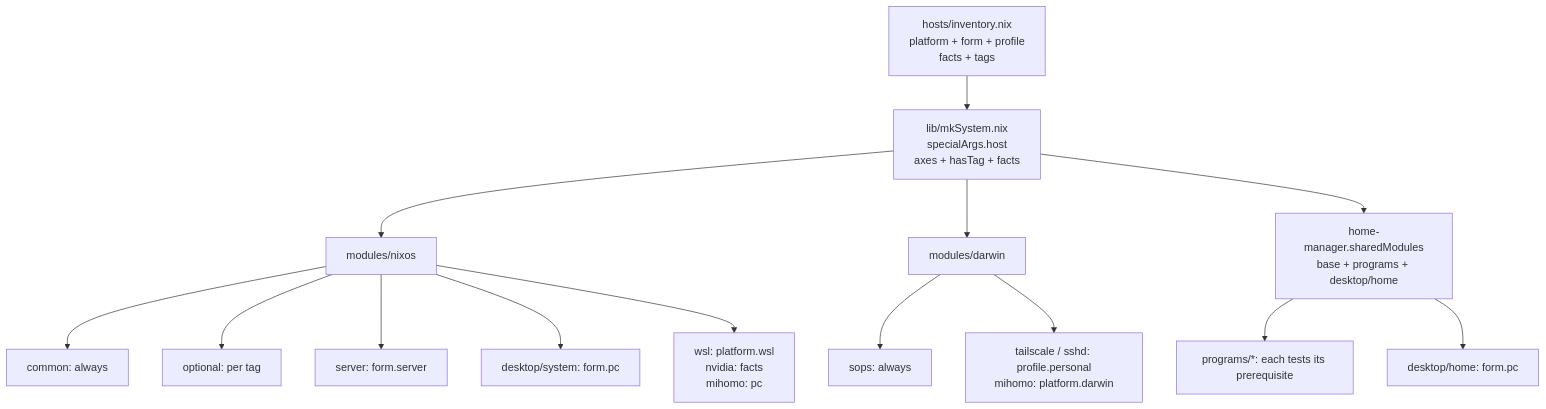
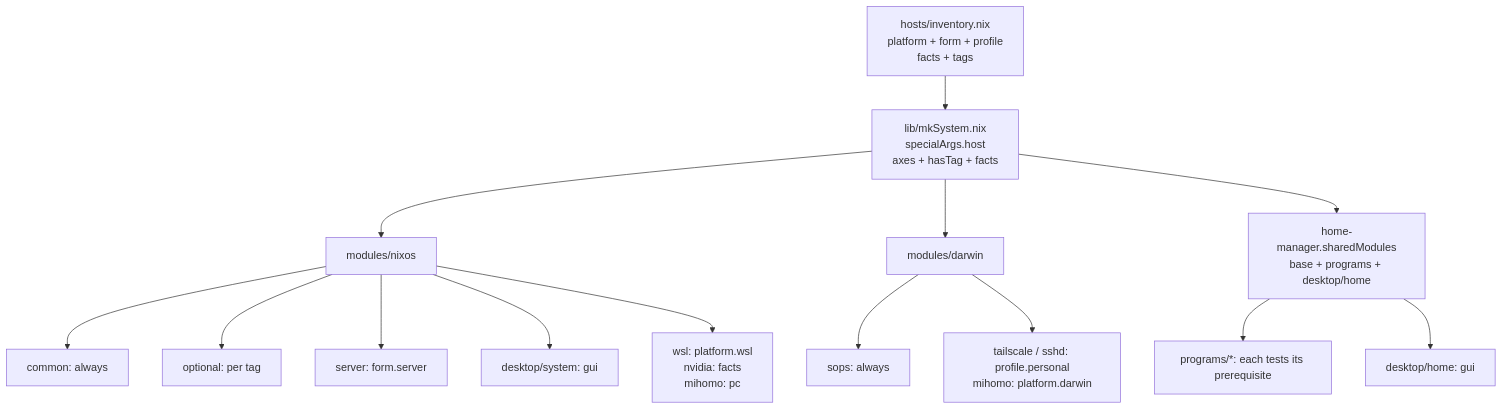
One commit to zineyu/nixos-config changed the diagram in CONTEXT.md. Above: the diagram before and after it, drawn with Mermaid. The commit also changed 6 other files, not shown here.

First line of the commit message:
refactor(desktop): gate the desktop subsystem on the gui label

````diff
--- a/CONTEXT.md
+++ b/CONTEXT.md
@@ -73,16 +73,16 @@
 ```mermaid
 graph TD
     Inv["hosts/inventory.nix<br/>platform + form + profile<br/>facts + tags"] --> Mk["lib/mkSystem.nix<br/>specialArgs.host<br/>axes + hasTag + facts"]
     Mk --> Nix["modules/nixos"]
     Mk --> Dar["modules/darwin"]
     Mk --> HM["home-manager.sharedModules<br/>base + programs + desktop/home"]
     Nix --> G1["common: always"]
     Nix --> G2["optional: per tag"]
     Nix --> G3["server: form.server"]
-    Nix --> G4["desktop/system: form.pc"]
+    Nix --> G4["desktop/system: gui"]
     Nix --> G5["wsl: platform.wsl<br/>nvidia: facts<br/>mihomo: pc"]
     Dar --> G6["sops: always"]
     Dar --> G7["tailscale / sshd: profile.personal<br/>mihomo: platform.darwin"]
     HM --> G8["programs/*: each tests its prerequisite"]
-    HM --> G9["desktop/home: form.pc"]
+    HM --> G9["desktop/home: gui"]
 ```
````
